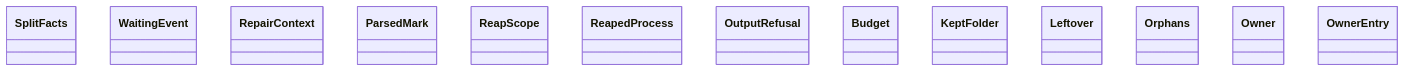
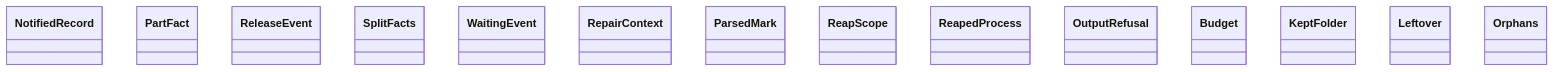
The diagram in docs/architecture/generated/classes-process-domain-machine-2.md (GonzaloZevallos/agentic-system), drawn with Mermaid before and after one commit. The commit also changed other lines of this file and 10 other files, not shown here.

````diff
--- a/docs/architecture/generated/classes-process-domain-machine-2.md
+++ b/docs/architecture/generated/classes-process-domain-machine-2.md
@@ -33,16 +33,17 @@
 ```mermaid
 classDiagram
+    class notify__NotifiedRecord["NotifiedRecord"]
+    class notify__PartFact["PartFact"]
+    class notify__ReleaseEvent["ReleaseEvent"]
     class notify__SplitFacts["SplitFacts"]
     class notify__WaitingEvent["WaitingEvent"]
     class output_repair__RepairContext["RepairContext"]
     class reaping__ParsedMark["ParsedMark"]
     class reaping__ReapScope["ReapScope"]
     class reaping__ReapedProcess["ReapedProcess"]
     class refusal__OutputRefusal["OutputRefusal"]
     class retakes__Budget["Budget"]
     class scratch__KeptFolder["KeptFolder"]
     class scratch__Leftover["Leftover"]
     class scratch__Orphans["Orphans"]
-    class scratch__Owner["Owner"]
-    class scratch__OwnerEntry["OwnerEntry"]
 ```
````
